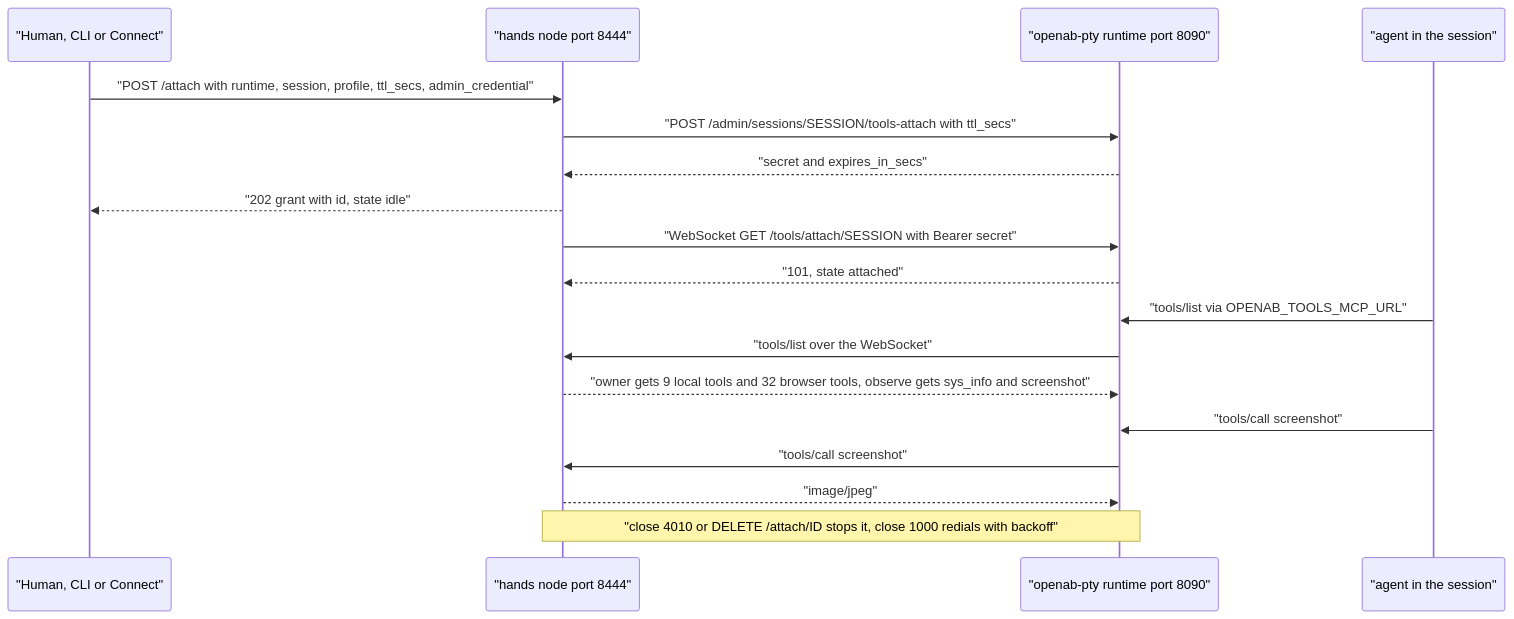
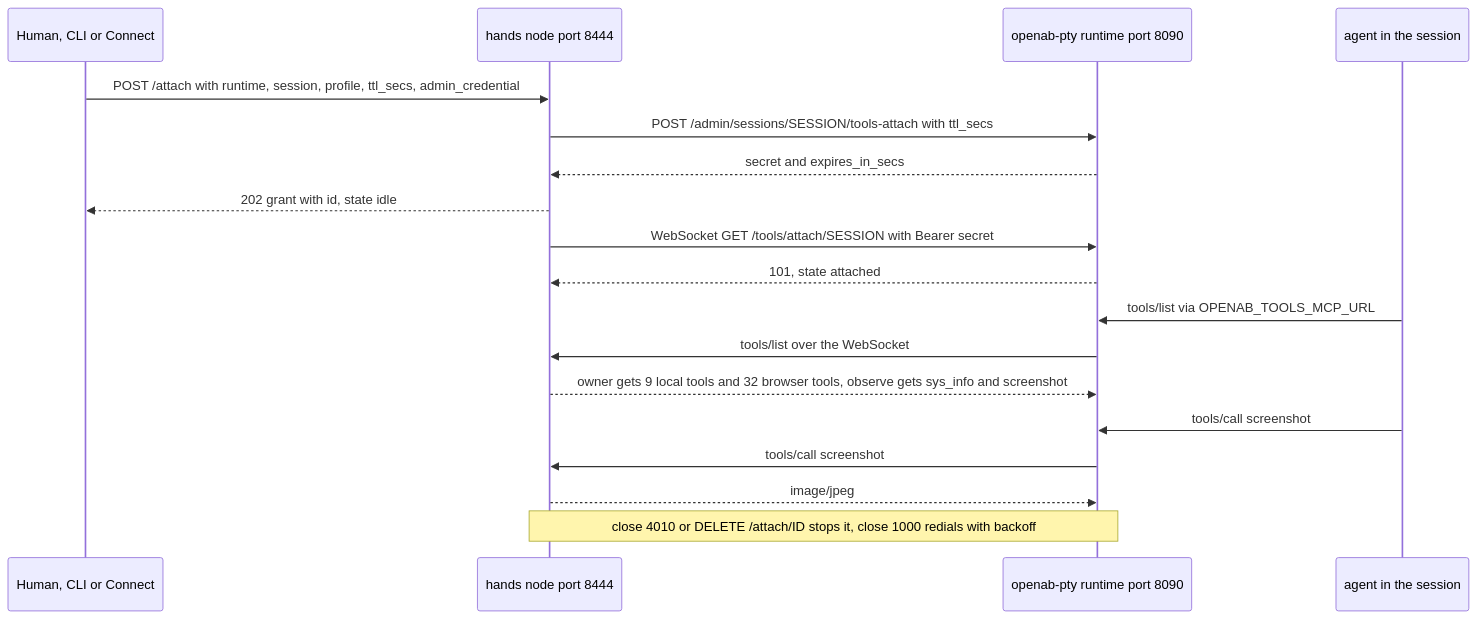
The second of 2 diagrams in docs/linux-setup.md (openabdev/openab-computer), drawn with Mermaid before and after one commit. The commit also changed 3 other files, not shown here.

````diff
--- a/docs/linux-setup.md
+++ b/docs/linux-setup.md
@@ -272,20 +272,20 @@
 ```mermaid
 sequenceDiagram
-    participant H as "Human, CLI or Connect"
-    participant N as "hands node port 8444"
-    participant R as "openab-pty runtime port 8090"
-    participant A as "agent in the session"
-    H->>N: "POST /attach with runtime, session, profile, ttl_secs, admin_credential"
-    N->>R: "POST /admin/sessions/SESSION/tools-attach with ttl_secs"
-    R-->>N: "secret and expires_in_secs"
-    N-->>H: "202 grant with id, state idle"
-    N->>R: "WebSocket GET /tools/attach/SESSION with Bearer secret"
-    R-->>N: "101, state attached"
-    A->>R: "tools/list via OPENAB_TOOLS_MCP_URL"
-    R->>N: "tools/list over the WebSocket"
-    N-->>R: "owner gets 9 local tools and 32 browser tools, observe gets sys_info and screenshot"
-    A->>R: "tools/call screenshot"
-    R->>N: "tools/call screenshot"
-    N-->>R: "image/jpeg"
-    Note over N,R: "close 4010 or DELETE /attach/ID stops it, close 1000 redials with backoff"
+    participant H as Human, CLI or Connect
+    participant N as hands node port 8444
+    participant R as openab-pty runtime port 8090
+    participant A as agent in the session
+    H->>N: POST /attach with runtime, session, profile, ttl_secs, admin_credential
+    N->>R: POST /admin/sessions/SESSION/tools-attach with ttl_secs
+    R-->>N: secret and expires_in_secs
+    N-->>H: 202 grant with id, state idle
+    N->>R: WebSocket GET /tools/attach/SESSION with Bearer secret
+    R-->>N: 101, state attached
+    A->>R: tools/list via OPENAB_TOOLS_MCP_URL
+    R->>N: tools/list over the WebSocket
+    N-->>R: owner gets 9 local tools and 32 browser tools, observe gets sys_info and screenshot
+    A->>R: tools/call screenshot
+    R->>N: tools/call screenshot
+    N-->>R: image/jpeg
+    Note over N,R: close 4010 or DELETE /attach/ID stops it, close 1000 redials with backoff
 ```
````
